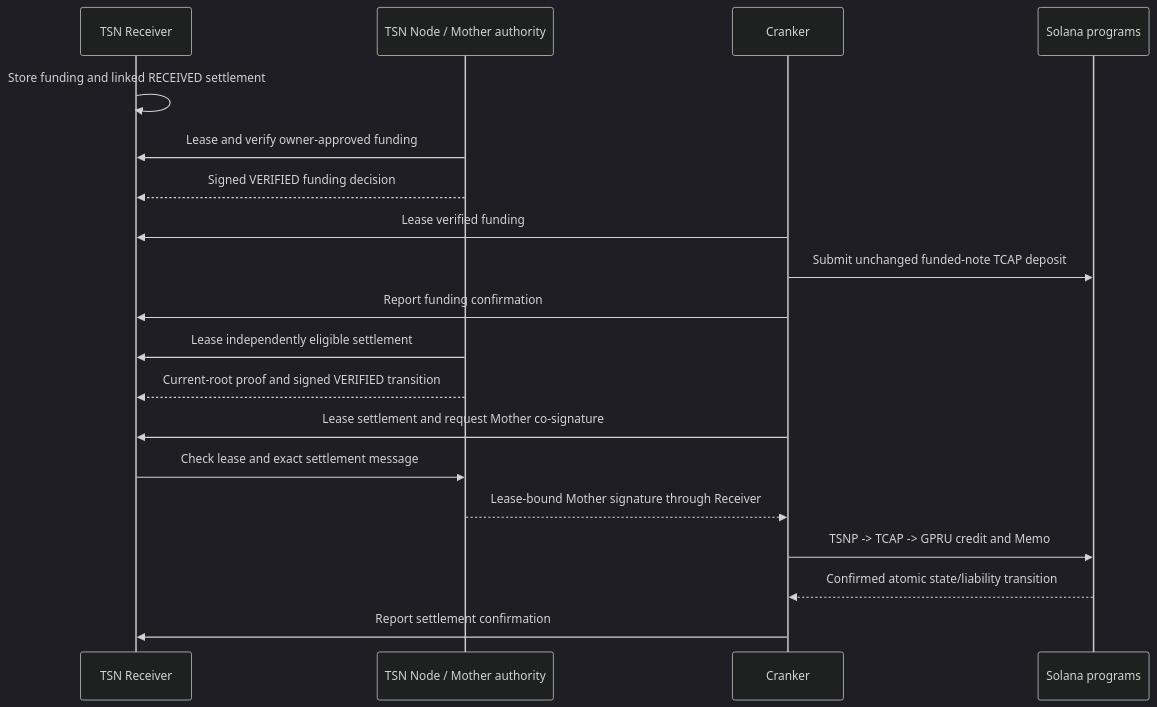
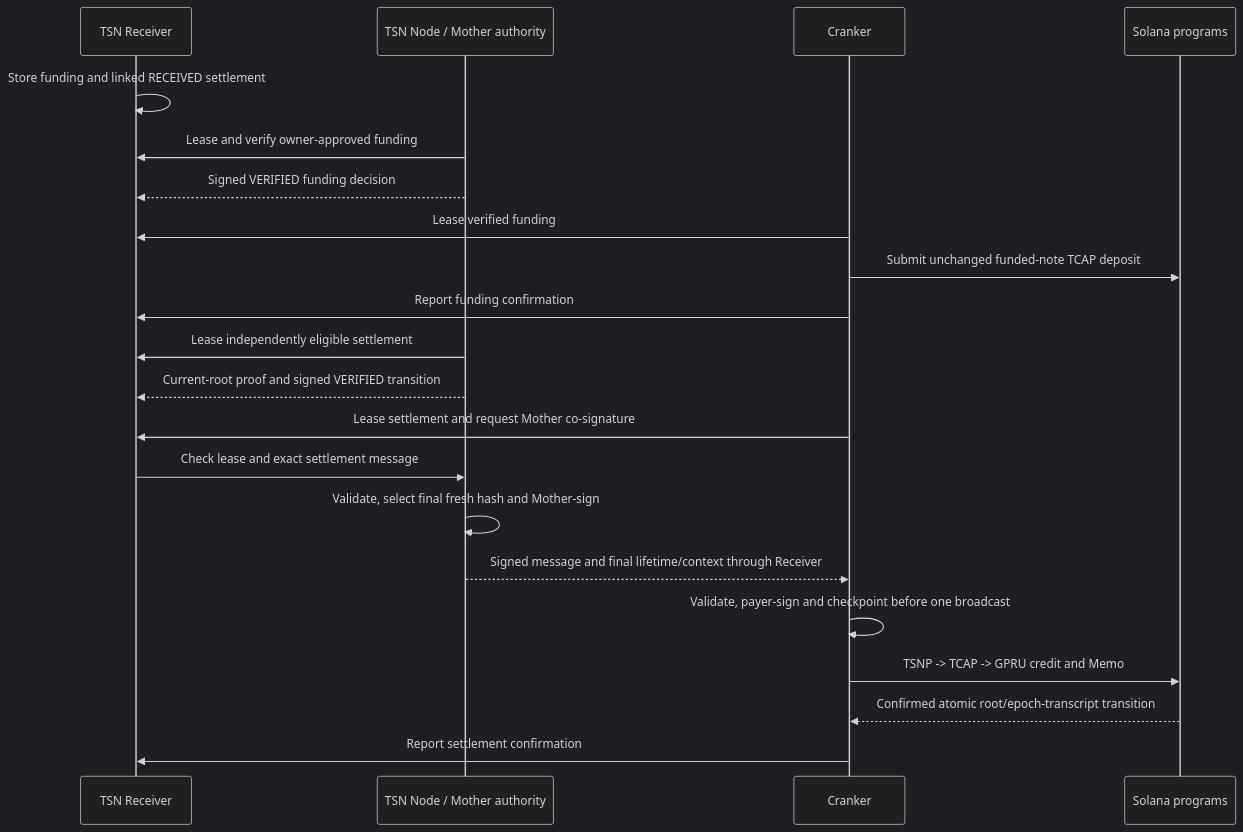
The second of 2 diagrams in docs/CRANKER-OPERATOR-GUIDE.md (bigdreamsweb3/trustlink-pay), drawn with Mermaid (dark theme) before and after one commit. The commit also changed 1509 other files, not shown here.

````diff
--- a/docs/CRANKER-OPERATOR-GUIDE.md
+++ b/docs/CRANKER-OPERATOR-GUIDE.md
@@ -285,21 +285,23 @@
 ```mermaid
 sequenceDiagram
     participant R as TSN Receiver
     participant N as TSN Node / Mother authority
     participant C as Cranker
     participant S as Solana programs
     R->>R: Store funding and linked RECEIVED settlement
     N->>R: Lease and verify owner-approved funding
     N-->>R: Signed VERIFIED funding decision
     C->>R: Lease verified funding
     C->>S: Submit unchanged funded-note TCAP deposit
     C->>R: Report funding confirmation
     N->>R: Lease independently eligible settlement
     N-->>R: Current-root proof and signed VERIFIED transition
     C->>R: Lease settlement and request Mother co-signature
     R->>N: Check lease and exact settlement message
-    N-->>C: Lease-bound Mother signature through Receiver
+    N->>N: Validate, select final fresh hash and Mother-sign
+    N-->>C: Signed message and final lifetime/context through Receiver
+    C->>C: Validate, payer-sign and checkpoint before one broadcast
     C->>S: TSNP -> TCAP -> GPRU credit and Memo
-    S-->>C: Confirmed atomic state/liability transition
+    S-->>C: Confirmed atomic root/epoch-transcript transition
     C->>R: Report settlement confirmation
 ```
````
